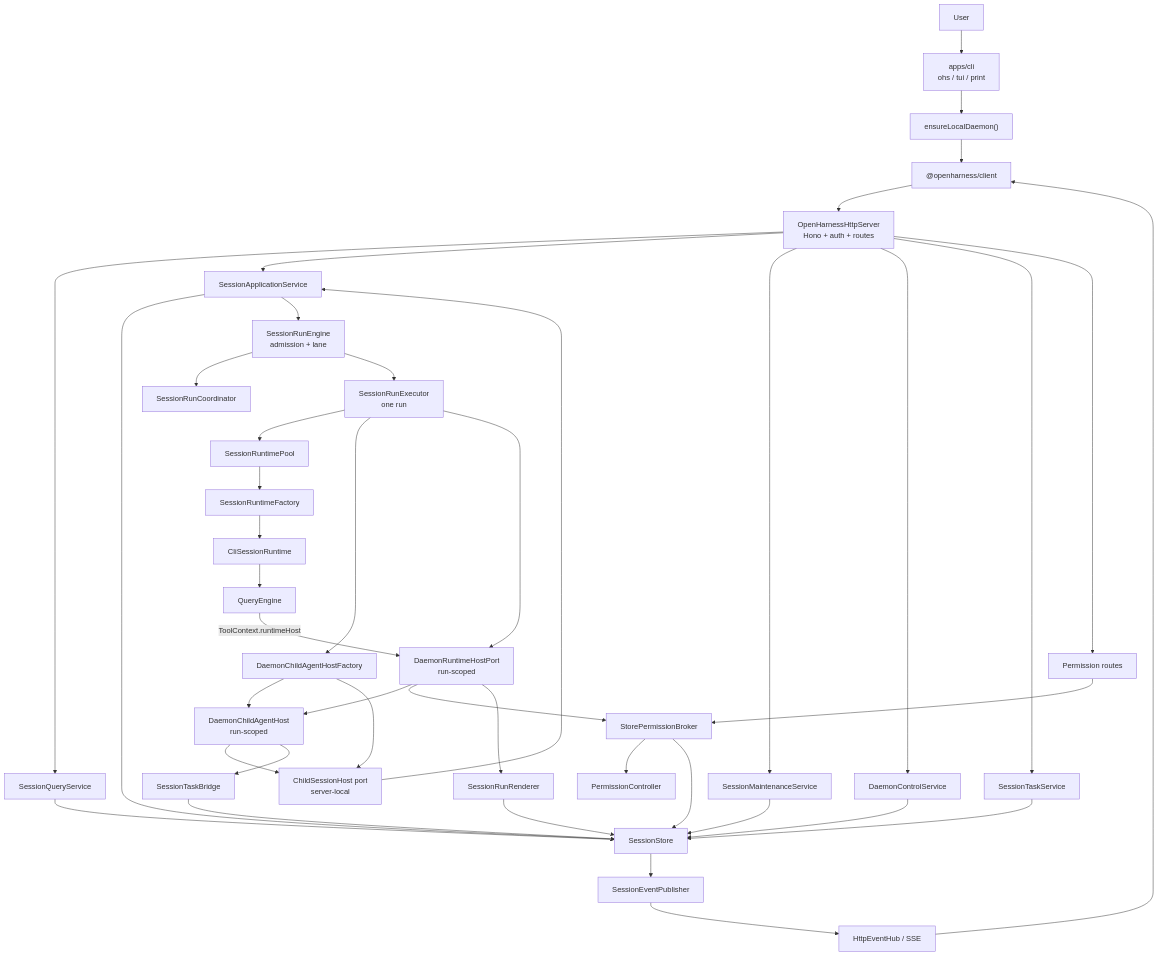
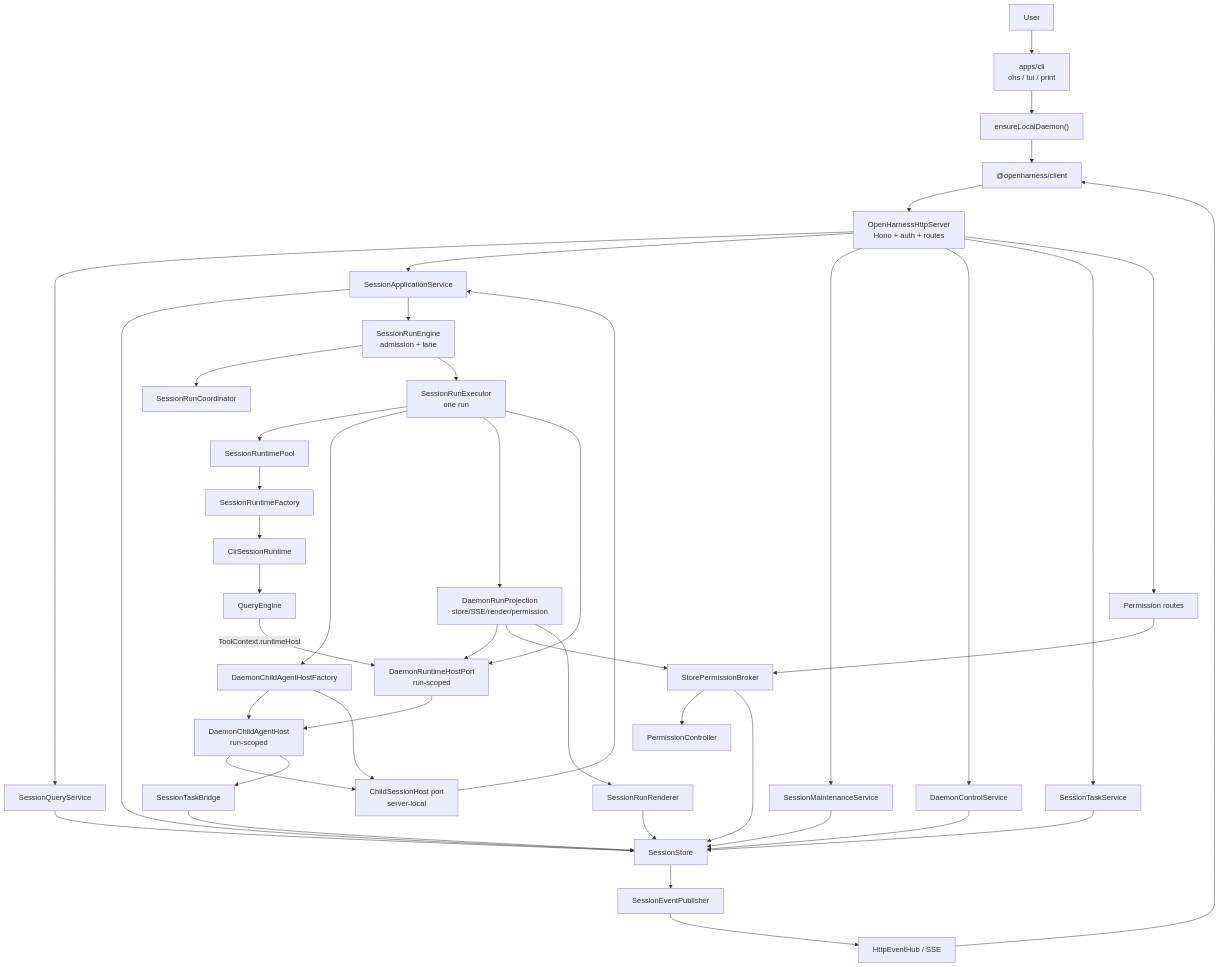
The first of 5 diagrams in docs/daemon-runtime-flow-map.md (rzx007/openharness-ts), drawn with Mermaid before and after one commit. The commit also changed other lines of this file and 4 other files, not shown here.

Commit message:
docs(daemon): document run projection adapter

````diff
--- a/docs/daemon-runtime-flow-map.md
+++ b/docs/daemon-runtime-flow-map.md
@@ -19,51 +19,53 @@
 ```mermaid
 flowchart TD
   user["User"] --> cli["apps/cli<br/>ohs / tui / print"]
   cli --> ensure["ensureLocalDaemon()"]
   ensure --> client["@openharness/client"]
   client --> http["OpenHarnessHttpServer<br/>Hono + auth + routes"]
 
   http --> querySvc["SessionQueryService"]
   http --> appSvc["SessionApplicationService"]
   http --> maintSvc["SessionMaintenanceService"]
   http --> controlSvc["DaemonControlService"]
   http --> taskSvc["SessionTaskService"]
   http --> permRoutes["Permission routes"]
 
   querySvc --> store["SessionStore"]
   appSvc --> store
   maintSvc --> store
   controlSvc --> store
   taskSvc --> store
 
   appSvc --> engine["SessionRunEngine<br/>admission + lane"]
   engine --> lane["SessionRunCoordinator"]
   engine --> executor["SessionRunExecutor<br/>one run"]
   executor --> pool["SessionRuntimePool"]
   pool --> factory["SessionRuntimeFactory"]
   factory --> runtime["CliSessionRuntime"]
   runtime --> qe["QueryEngine"]
 
   executor --> childFactory["DaemonChildAgentHostFactory"]
   childFactory --> childAgentHost["DaemonChildAgentHost<br/>run-scoped"]
+  executor --> projection["DaemonRunProjection<br/>store/SSE/render/permission"]
   executor --> runtimeHost["DaemonRuntimeHostPort<br/>run-scoped"]
+  projection --> runtimeHost
   qe -->|"ToolContext.runtimeHost"| runtimeHost
   runtimeHost --> childAgentHost
 
   childFactory --> childSessionPort["ChildSessionHost port<br/>server-local"]
   childAgentHost --> childSessionPort
   childSessionPort --> appSvc
   childAgentHost --> taskBridge["SessionTaskBridge"]
   taskBridge --> store
 
-  runtimeHost --> permissionBroker["StorePermissionBroker"]
+  projection --> permissionBroker["StorePermissionBroker"]
   permissionBroker --> permissionController["PermissionController"]
   permissionBroker --> store
   permRoutes --> permissionBroker
 
-  runtimeHost --> renderer["SessionRunRenderer"]
+  projection --> renderer["SessionRunRenderer"]
   renderer --> store
   store --> publisher["SessionEventPublisher"]
   publisher --> hub["HttpEventHub / SSE"]
   hub --> client
 ```
````
